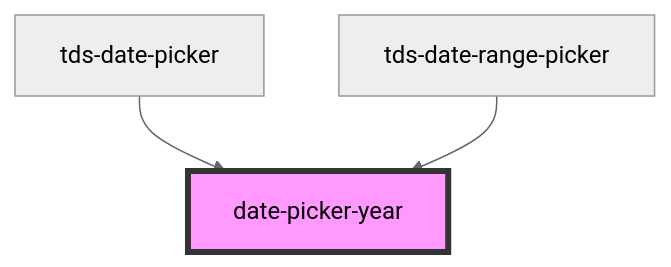
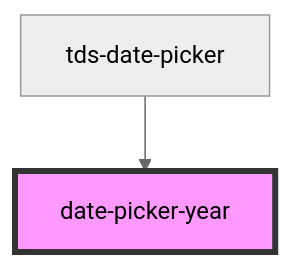
One commit to scania-digital-design-system/tegel changed the diagram in packages/core/src/components/date-picker/year/readme.md. Above: the diagram before and after it, drawn with Mermaid (neutral theme). The commit also changed other lines of this file and 4 other files, not shown here.

````diff
--- a/packages/core/src/components/date-picker/year/readme.md
+++ b/packages/core/src/components/date-picker/year/readme.md
@@ -25,6 +24,5 @@
 ```mermaid
 graph TD;
   tds-date-picker --> date-picker-year
-  tds-date-range-picker --> date-picker-year
   style date-picker-year fill:#f9f,stroke:#333,stroke-width:4px
 ```
````
